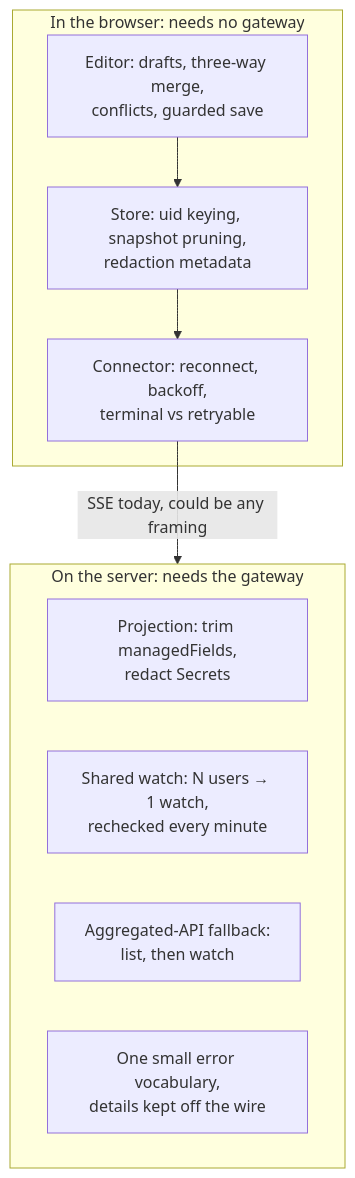
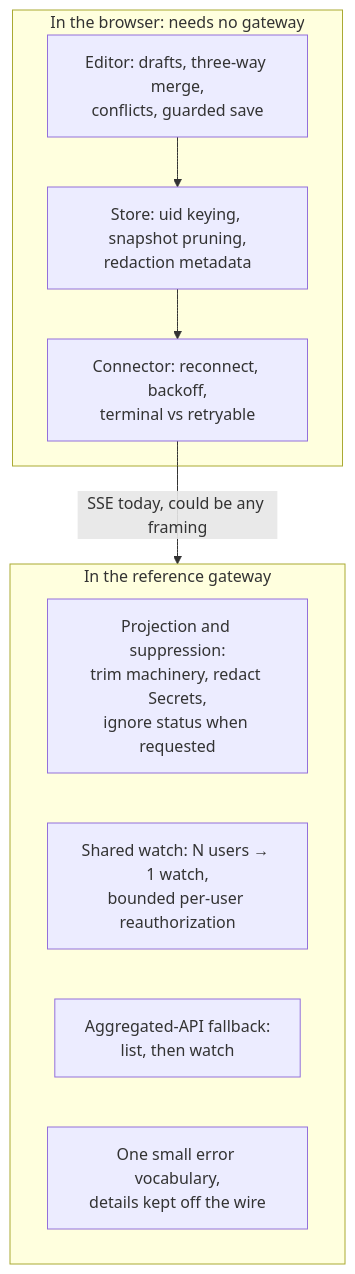
One commit to ConfigButler/krm-foyer changed the third of 3 diagrams in docs/investigations/sse-and-native-watches.md. Above: the diagram before and after it, drawn with Mermaid. The commit also changed other lines of this file and 7 other files, not shown here.

Commit message:
docs: clarify live-resource architecture and frontend integrations

````diff
--- a/docs/investigations/sse-and-native-watches.md
+++ b/docs/investigations/sse-and-native-watches.md
@@ -263,16 +270,16 @@
 ```mermaid
 flowchart TB
   subgraph browser["In the browser: needs no gateway"]
     E["Editor: drafts, three-way merge,<br/>conflicts, guarded save"]
     ST["Store: uid keying, snapshot pruning,<br/>redaction metadata"]
     C["Connector: reconnect, backoff,<br/>terminal vs retryable"]
   end
-  subgraph server["On the server: needs the gateway"]
-    PR["Projection: trim managedFields,<br/>redact Secrets"]
-    SW["Shared watch: N users → 1 watch,<br/>rechecked every minute"]
+  subgraph server["In the reference gateway"]
+    PR["Projection and suppression:<br/>trim machinery, redact Secrets,<br/>ignore status when requested"]
+    SW["Shared watch: N users → 1 watch,<br/>bounded per-user reauthorization"]
     AG["Aggregated-API fallback:<br/>list, then watch"]
     EV["One small error vocabulary,<br/>details kept off the wire"]
   end
   E --> ST --> C
   C -- "SSE today, could be any framing" --> server
 ```
````
